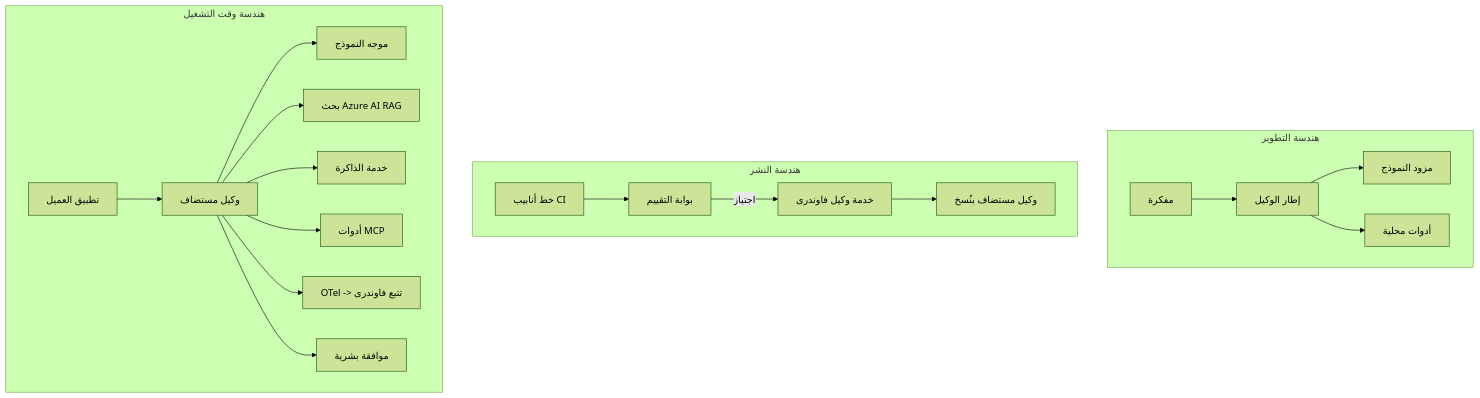
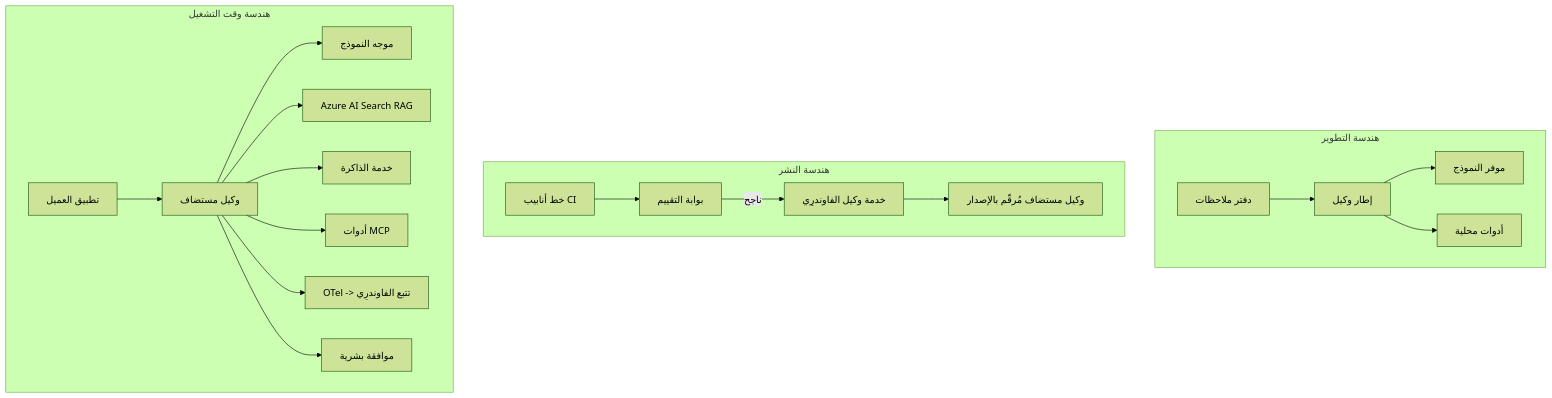
The fourth of 4 diagrams in translations/ar/16-deploying-scalable-agents/README.md (microsoft/ai-agents-for-beginners), drawn with Mermaid (forest theme) before and after one commit. The commit also changed other lines of this file and 47 other files, not shown here.

````diff
--- a/translations/ar/16-deploying-scalable-agents/README.md
+++ b/translations/ar/16-deploying-scalable-agents/README.md
@@ -185,22 +185,22 @@
 ```mermaid
 flowchart TB
     subgraph Dev[هندسة التطوير]
-        D1[مفكرة] --> D2[إطار الوكيل]
-        D2 --> D3[مزود النموذج]
+        D1[دفتر ملاحظات] --> D2[إطار وكيل]
+        D2 --> D3[موفر النموذج]
         D2 --> D4[أدوات محلية]
     end
     subgraph Deploy[هندسة النشر]
         E1[خط أنابيب CI] --> E2[بوابة التقييم]
-        E2 -->|اجتياز| E3[خدمة وكيل فاوندرى]
-        E3 --> E4[وكيل مستضاف بنُسخ]
+        E2 -->|ناجح| E3[خدمة وكيل الفاوندرِي]
+        E3 --> E4[وكيل مستضاف مُرقّم بالإصدار]
     end
     subgraph Run[هندسة وقت التشغيل]
         F1[تطبيق العميل] --> F2[وكيل مستضاف]
         F2 --> F3[موجه النموذج]
-        F2 --> F4[بحث Azure AI RAG]
+        F2 --> F4[Azure AI Search RAG]
         F2 --> F5[خدمة الذاكرة]
         F2 --> F6[أدوات MCP]
-        F2 --> F7[OTel -> تتبع فاوندرى]
+        F2 --> F7[OTel -> تتبع الفاوندرِي]
         F2 --> F8[موافقة بشرية]
     end
 ```
````
